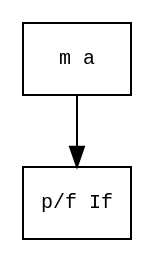
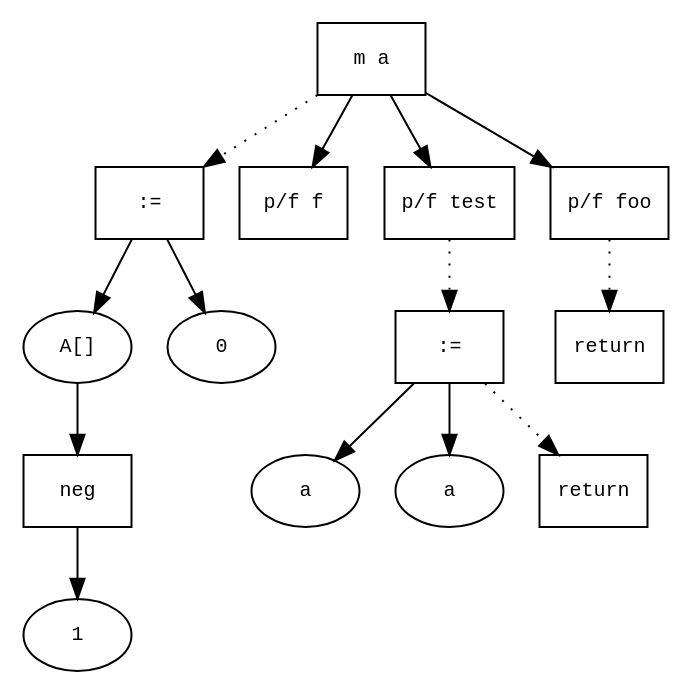
Before and after one commit to Kedia94/Compiler_2016sp: the diagram in 3.Semantic.Analysis/snuplc/x.mod.ast.dot, drawn with Graphviz. The commit also changed 10 other files, not shown here.

```diff
--- a/3.Semantic.Analysis/snuplc/x.mod.ast.dot
+++ b/3.Semantic.Analysis/snuplc/x.mod.ast.dot
@@ -1,9 +1,33 @@
 digraph AST {
   graph [fontname="Times New Roman",fontsize=10];
   node  [fontname="Courier New",fontsize=10];
   edge  [fontname="Times New Roman",fontsize=10];
 
   node0 [label="m a",shape=box];
-  node4 [label="p/f If",shape=box];
+  node18 [label=":=",shape=box];
+  node14 [label="A[]",shape=ellipse];
+  node16 [label="neg",shape=box];
+  node15 [label="1",shape=ellipse];
+  node16->node15;
+  node14-> node16;
+  node18->node14;
+  node17 [label="0",shape=ellipse];
+  node18->node17;
+  node0 -> node18 [style=dotted];
+  node4 [label="p/f f",shape=box];
   node0 -> node4;
+  node6 [label="p/f test",shape=box];
+  node9 [label=":=",shape=box];
+  node7 [label="a",shape=ellipse];
+  node9->node7;
+  node8 [label="a",shape=ellipse];
+  node9->node8;
+  node6 -> node9 [style=dotted];
+  node10 [label="return",shape=box];
+  node9 -> node10 [style=dotted];
+  node0 -> node6;
+  node12 [label="p/f foo",shape=box];
+  node13 [label="return",shape=box];
+  node12 -> node13 [style=dotted];
+  node0 -> node12;
 }
```
